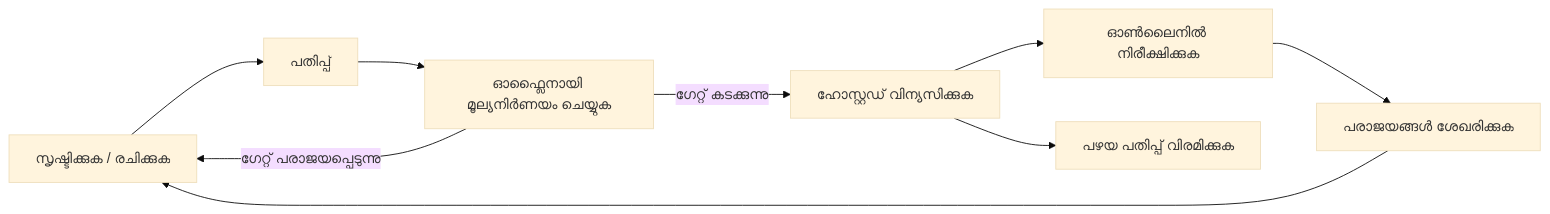
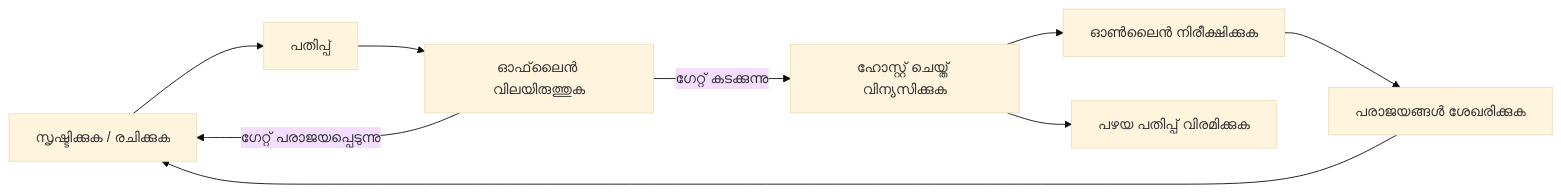
Before and after one commit to microsoft/ai-agents-for-beginners: the second of 4 diagrams in translations/ml/16-deploying-scalable-agents/README.md, drawn with Mermaid (base theme). The commit also changed other lines of this file and 43 other files, not shown here.

````diff
--- a/translations/ml/16-deploying-scalable-agents/README.md
+++ b/translations/ml/16-deploying-scalable-agents/README.md
@@ -108,11 +108,11 @@
 ```mermaid
 flowchart LR
     Create[സൃഷ്ടിക്കുക / രചിക്കുക] --> Version[പതിപ്പ്]
-    Version --> Evaluate[ഓഫ്ലൈനായി മൂല്യനിർണയം ചെയ്യുക]
-    Evaluate -->|ഗേറ്റ് കടക്കുന്നു| Deploy[ഹോസ്റ്റഡ് വിന്യസിക്കുക]
+    Version --> Evaluate[ഓഫ്‌ലൈൻ വിലയിരുത്തുക]
+    Evaluate -->|ഗേറ്റ് കടക്കുന്നു| Deploy[ഹോസ്റ്റ് ചെയ്ത് വിന്യസിക്കുക]
     Evaluate -->|ഗേറ്റ് പരാജയപ്പെടുന്നു| Create
-    Deploy --> Observe[ഓൺലൈനിൽ നിരീക്ഷിക്കുക]
+    Deploy --> Observe[ഓൺലൈൻ നിരീക്ഷിക്കുക]
     Observe --> Improve[പരാജയങ്ങൾ ശേഖരിക്കുക]
     Improve --> Create
     Deploy --> Retire[പഴയ പതിപ്പ് വിരമിക്കുക]
 ```
````
